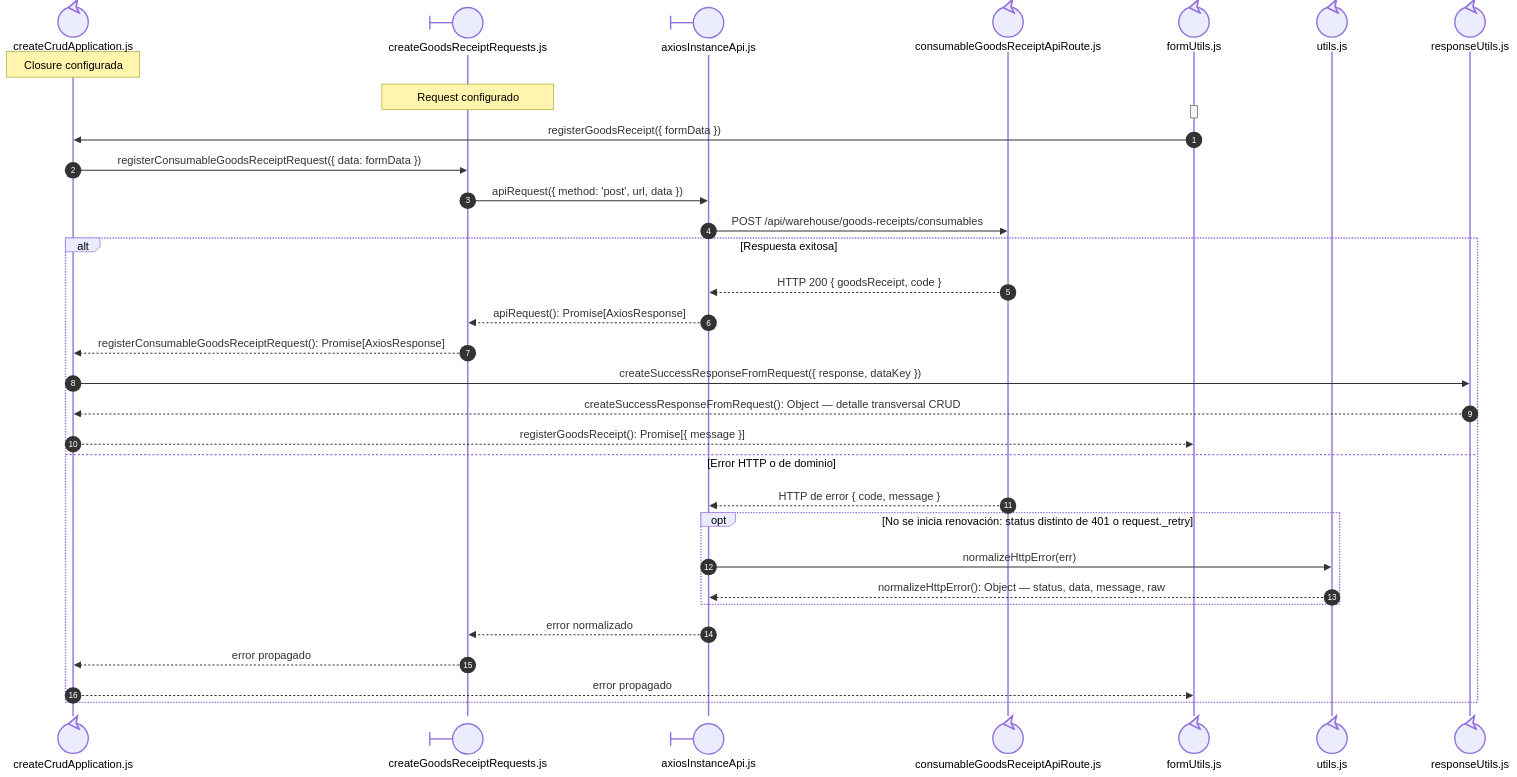
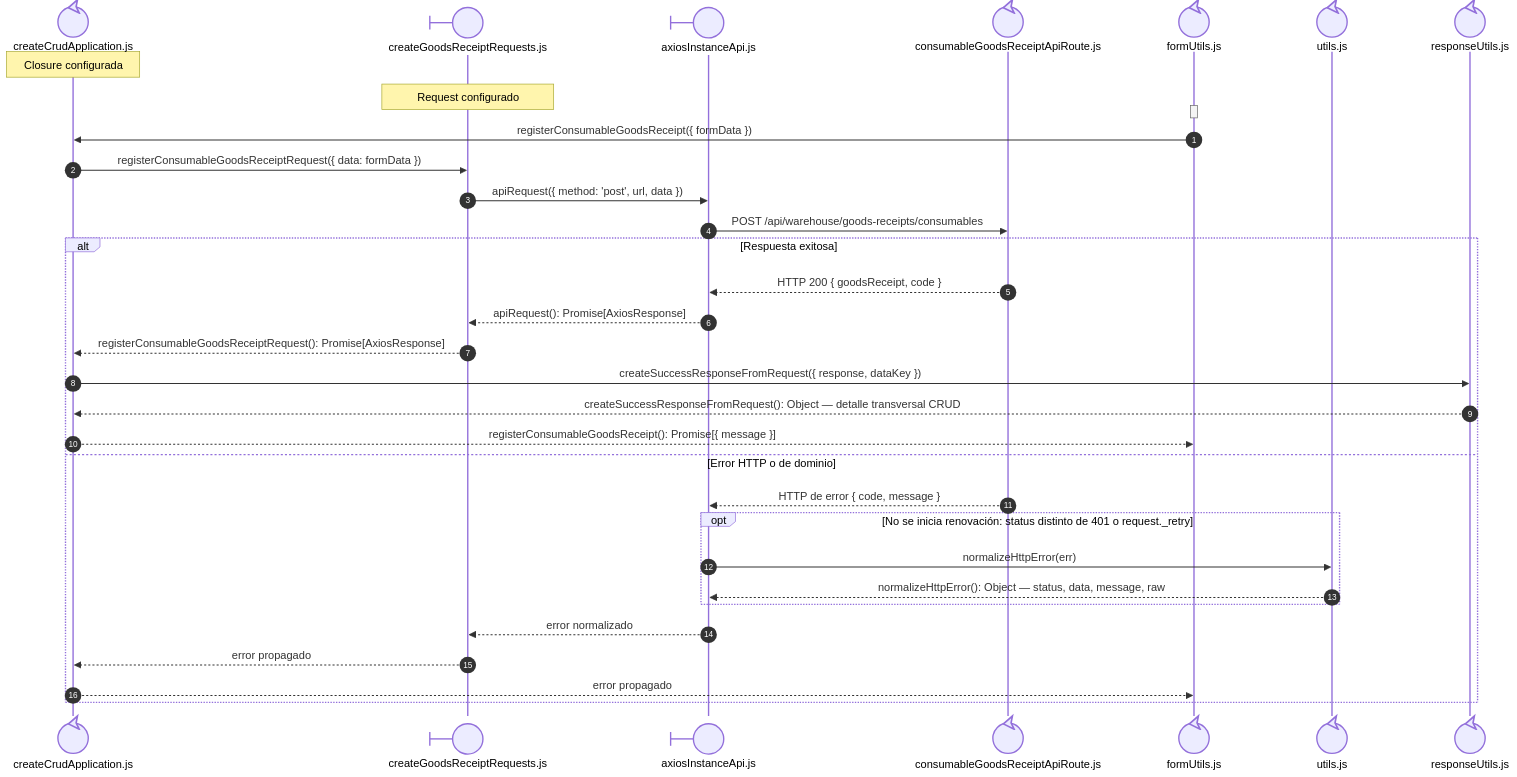
The third of 3 diagrams in docs/architecture/views/processes/frontend-code-sequences/purchases/cu-ent-08.md (gpgsistemas01/nexus), drawn with Mermaid before and after one commit. The commit also changed other lines of this file and 142 other files, not shown here.

````diff
--- a/docs/architecture/views/processes/frontend-code-sequences/purchases/cu-ent-08.md
+++ b/docs/architecture/views/processes/frontend-code-sequences/purchases/cu-ent-08.md
@@ -183,39 +184,39 @@
 ```mermaid
 sequenceDiagram
     autonumber
     participant Application@{ "type": "control" } as createCrudApplication.js
     participant Request@{ "type": "boundary" } as createGoodsReceiptRequests.js
     participant HTTP@{ "type": "boundary" } as axiosInstanceApi.js
     participant Transport@{ "type": "control" } as consumableGoodsReceiptApiRoute.js
     participant FormUtils@{ "type": "control" } as formUtils.js
 
     participant FileUtils@{ "type": "control" } as utils.js
 
     participant FileResponseUtils@{ "type": "control" } as responseUtils.js
 
     Note over Application: Closure configurada
     Note over Request: Request configurado
     activate FormUtils
     deactivate FormUtils
-        FormUtils->>Application: registerGoodsReceipt({ formData })
+        FormUtils->>Application: registerConsumableGoodsReceipt({ formData })
         Application->>Request: registerConsumableGoodsReceiptRequest({ data: formData })
         Request->>HTTP: apiRequest({ method: 'post', url, data })
         HTTP->>Transport: POST /api/warehouse/goods-receipts/consumables
         alt Respuesta exitosa
             Transport-->>HTTP: HTTP 200 { goodsReceipt, code }
             HTTP-->>Request: apiRequest(): Promise[AxiosResponse]
             Request-->>Application: registerConsumableGoodsReceiptRequest(): Promise[AxiosResponse]
             Application->>FileResponseUtils: createSuccessResponseFromRequest({ response, dataKey })
             FileResponseUtils-->>Application: createSuccessResponseFromRequest(): Object — detalle transversal CRUD
-            Application-->>FormUtils: registerGoodsReceipt(): Promise[{ message }]
+            Application-->>FormUtils: registerConsumableGoodsReceipt(): Promise[{ message }]
         else Error HTTP o de dominio
             Transport-->>HTTP: HTTP de error { code, message }
             opt No se inicia renovación: status distinto de 401 o request._retry
                 HTTP->>FileUtils: normalizeHttpError(err)
                 FileUtils-->>HTTP: normalizeHttpError(): Object — status, data, message, raw
             end
             HTTP-->>Request: error normalizado
             Request-->>Application: error propagado
             Application-->>FormUtils: error propagado
     end
 ```
````
